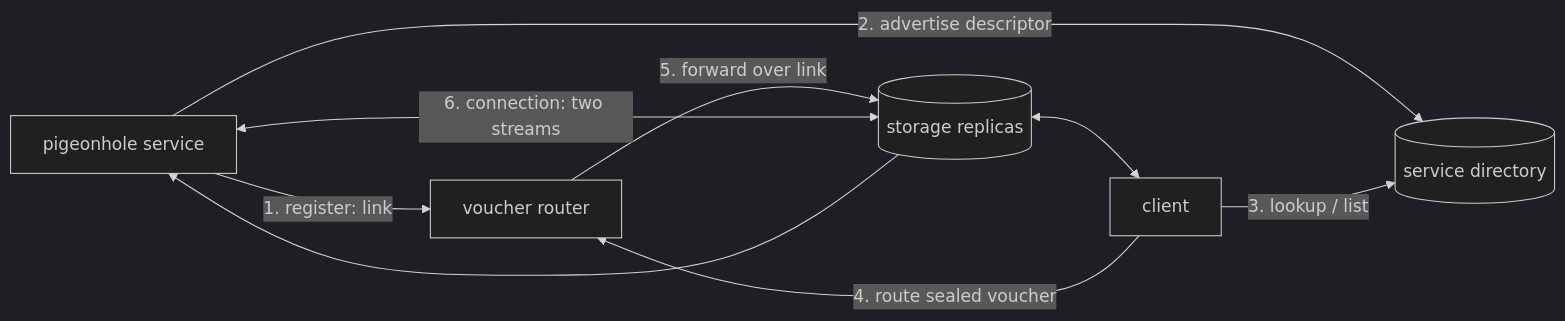
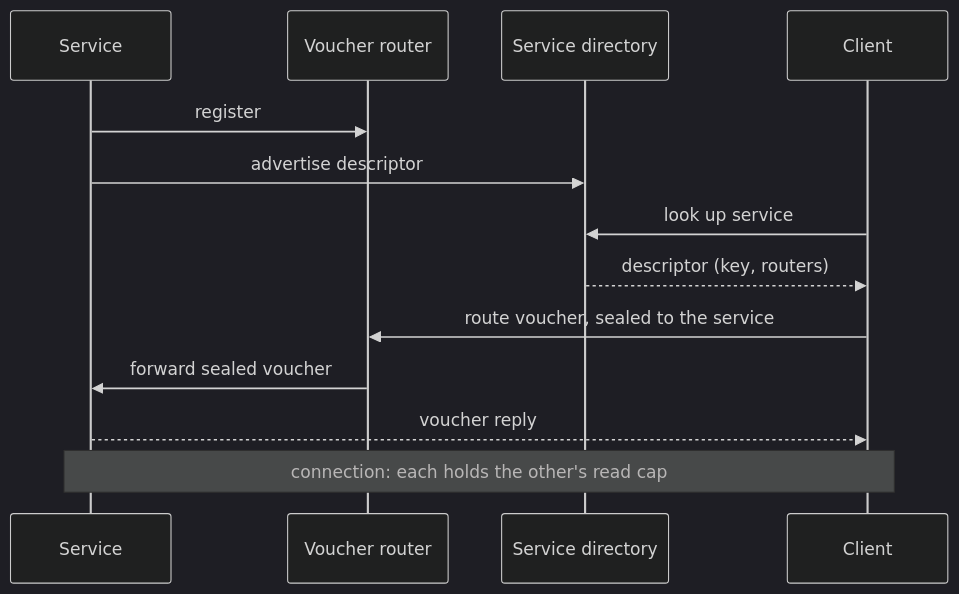
Before and after one commit to katzenpost/pigeonhole: the diagram in docs/services.md, drawn with Mermaid (dark theme). The commit also changed other lines of this file, not shown here.

Commit message:
docs: focus services.md on bootstrapping; link the voucher specs

````diff
--- a/docs/services.md
+++ b/docs/services.md
@@ -20,16 +22,15 @@
 ```mermaid
-flowchart LR
-    S[pigeonhole service]
-    C[client]
-    D[(service directory)]
-    R[voucher router]
-    P[(storage replicas)]
-    S -- "1. register: link" --> R
-    S -- "2. advertise descriptor" --> D
-    C -- "3. lookup / list" --> D
-    C -- "4. route sealed voucher" --> R
-    R -- "5. forward over link" --> P
-    P --> S
-    S <-- "6. connection: two streams" --> P
-    P <--> C
+sequenceDiagram
+    participant S as Service
+    participant R as Voucher router
+    participant D as Service directory
+    participant C as Client
+    S->>R: register
+    S->>D: advertise descriptor
+    C->>D: look up service
+    D-->>C: descriptor (key, routers)
+    C->>R: route voucher, sealed to the service
+    R->>S: forward sealed voucher
+    S-->>C: voucher reply
+    Note over S,C: connection: each holds the other's read cap
 ```
````
